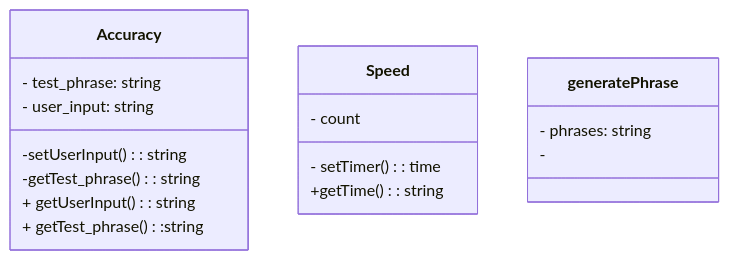
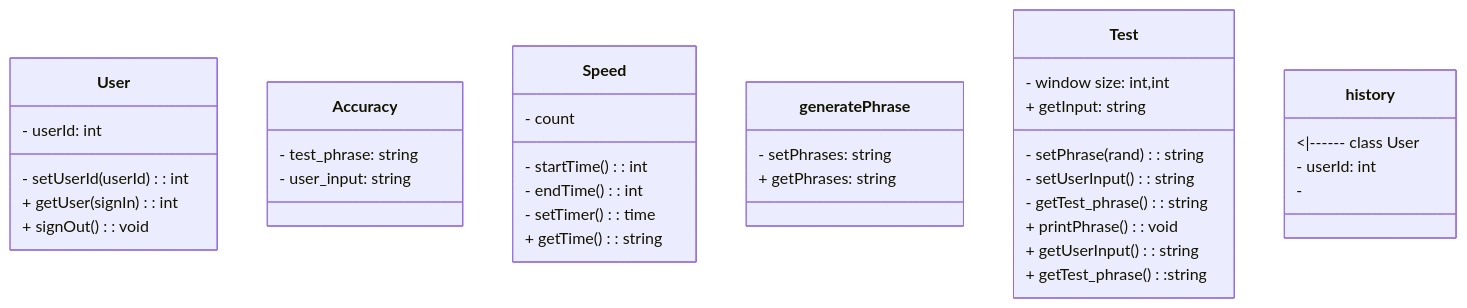
One commit to SynthNibbler/tippitytappity-design changed the diagram in README.md. Above: the diagram before and after it, drawn with Mermaid.

````diff
--- a/README.md
+++ b/README.md
@@ -8,21 +8,39 @@
 ```mermaid
 classDiagram
+class User{
+  - userId: int
+  - setUserId(userId): int
+  + getUser(signIn): int
+  + signOut(): void
+  }
   class Accuracy{
        - test_phrase: string
        - user_input: string
-      -setUserInput(): string
-      -getTest_phrase(): string
-      + getUserInput(): string
-      + getTest_phrase():string
+
   }
   class Speed{
         - count
+        - startTime(): int
+        - endTime(): int
         - setTimer(): time
-        +getTime(): string
+        + getTime(): string
   }
   class generatePhrase{
-      - phrases: string
-      - 
-
+      - setPhrases: string
+      + getPhrases: string
+  }
+  class Test{
+    - window size: int,int
+    - setPhrase(rand): string
+    - setUserInput(): string
+    - getTest_phrase(): string
+    + getInput: string
+    + printPhrase(): void
+    + getUserInput(): string
+    + getTest_phrase():string
+  }
+  class history{ <|------ class User
+    - userId: int
+    - 
   }
 ```
````
